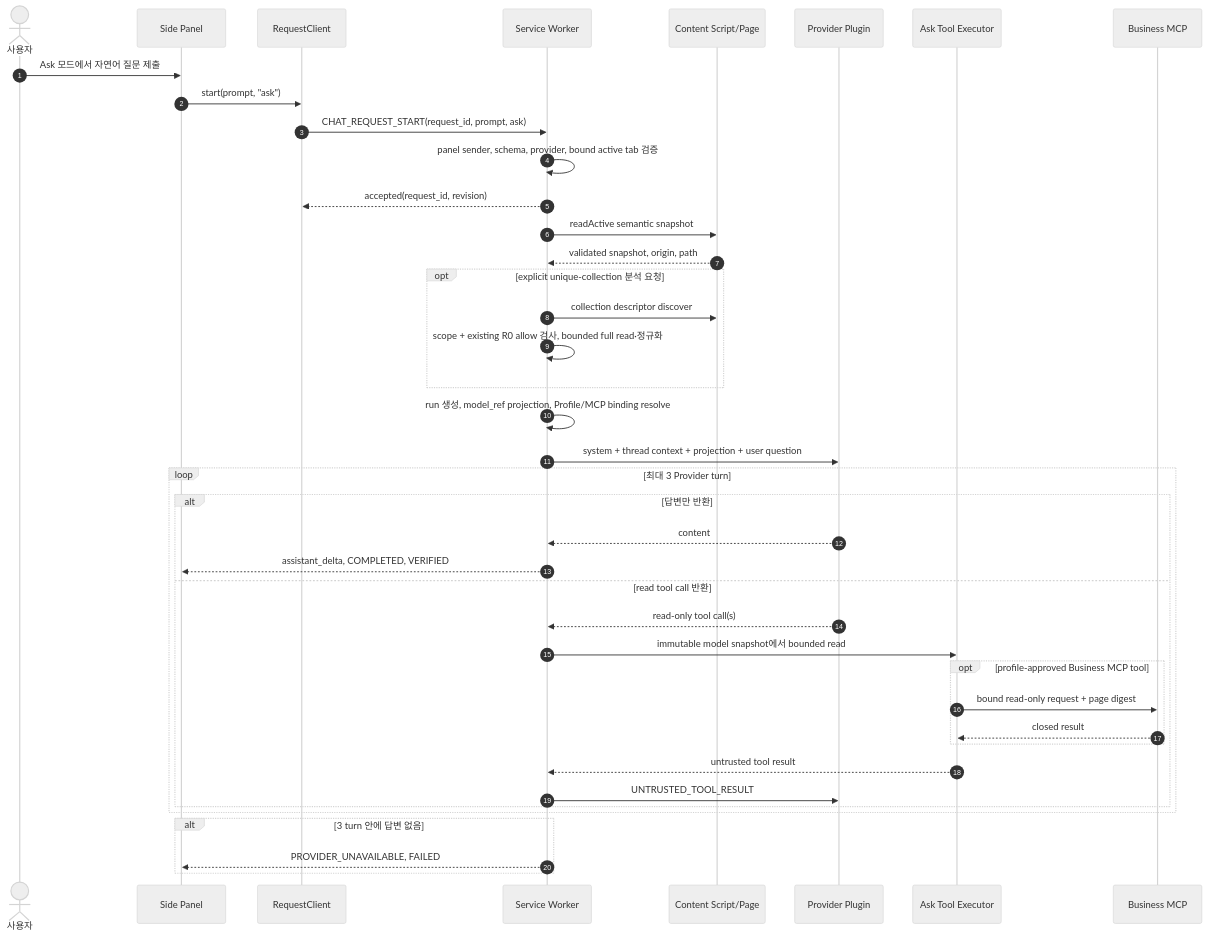
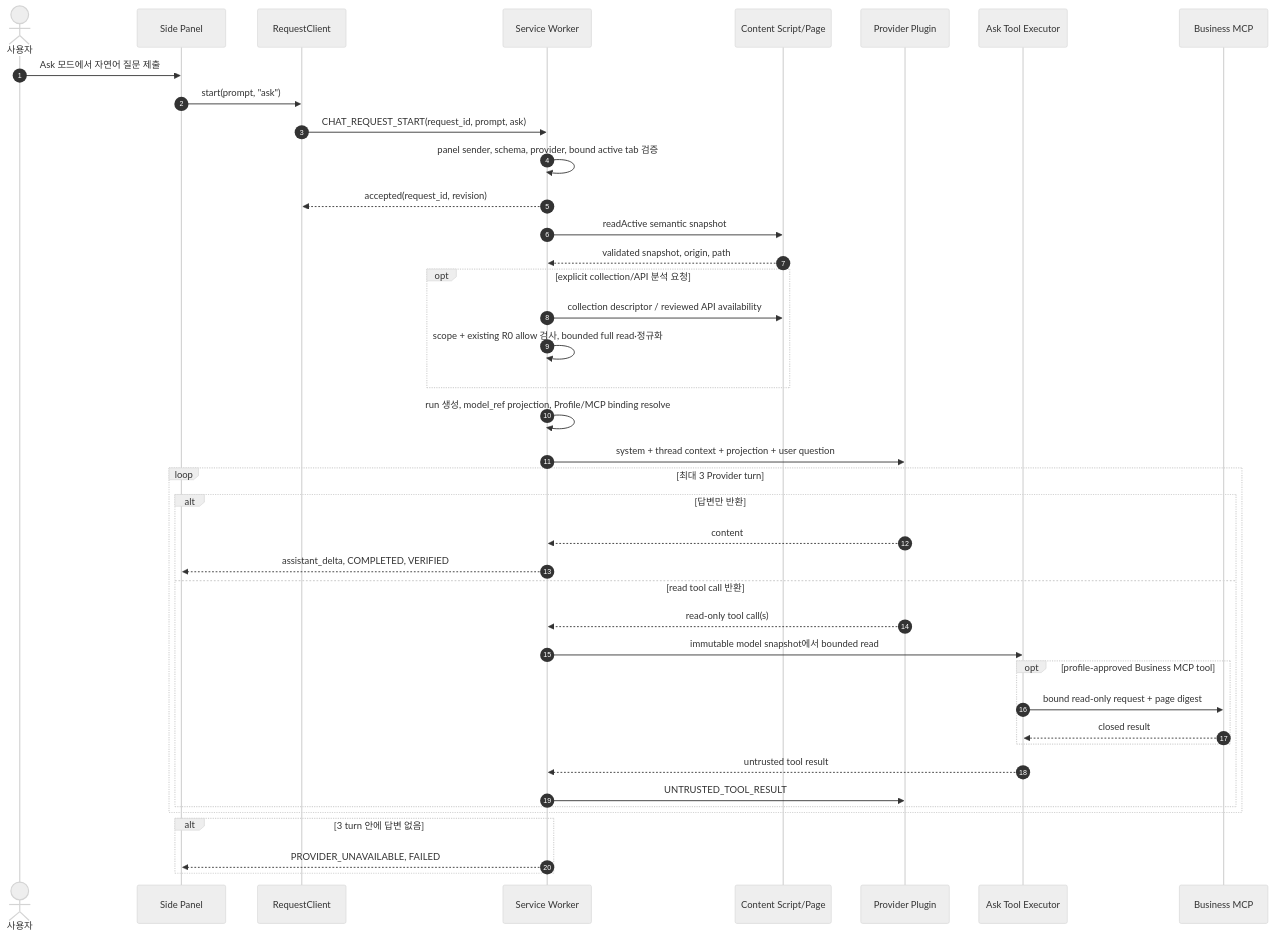
Before and after one commit to heungtae/ewap-browser: the first of 2 diagrams in docs/33-ask-request-execution-current-implementation.md, drawn with Mermaid (neutral theme). The commit also changed other lines of this file and 41 other files, not shown here.

````diff
--- a/docs/33-ask-request-execution-current-implementation.md
+++ b/docs/33-ask-request-execution-current-implementation.md
@@ -24,46 +24,46 @@
 ```mermaid
 sequenceDiagram
     autonumber
     actor User as 사용자
     participant Panel as Side Panel
     participant Client as RequestClient
     participant SW as Service Worker
     participant Page as Content Script/Page
     participant Provider as Provider Plugin
     participant Tool as Ask Tool Executor
     participant MCP as Business MCP
 
     User->>Panel: Ask 모드에서 자연어 질문 제출
     Panel->>Client: start(prompt, "ask")
     Client->>SW: CHAT_REQUEST_START(request_id, prompt, ask)
     SW->>SW: panel sender, schema, provider, bound active tab 검증
     SW-->>Client: accepted(request_id, revision)
     SW->>Page: readActive semantic snapshot
     Page-->>SW: validated snapshot, origin, path
-    opt explicit unique-collection 분석 요청
-        SW->>Page: collection descriptor discover
+    opt explicit collection/API 분석 요청
+        SW->>Page: collection descriptor / reviewed API availability
         SW->>SW: scope + existing R0 allow 검사, bounded full read·정규화
     end
     SW->>SW: run 생성, model_ref projection, Profile/MCP binding resolve
     SW->>Provider: system + thread context + projection + user question
 
     loop 최대 3 Provider turn
         alt 답변만 반환
             Provider-->>SW: content
             SW-->>Panel: assistant_delta, COMPLETED, VERIFIED
         else read tool call 반환
             Provider-->>SW: read-only tool call(s)
             SW->>Tool: immutable model snapshot에서 bounded read
             opt profile-approved Business MCP tool
                 Tool->>MCP: bound read-only request + page digest
                 MCP-->>Tool: closed result
             end
             Tool-->>SW: untrusted tool result
             SW->>Provider: UNTRUSTED_TOOL_RESULT
         end
     end
 
     alt 3 turn 안에 답변 없음
         SW-->>Panel: PROVIDER_UNAVAILABLE, FAILED
     end
 ```
````
